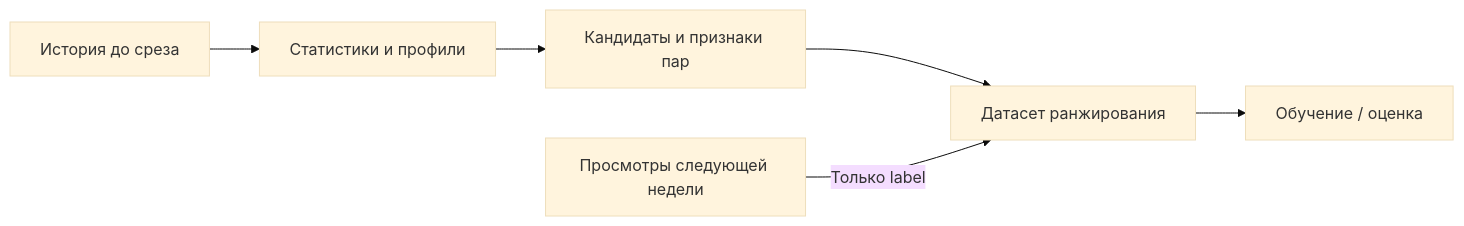
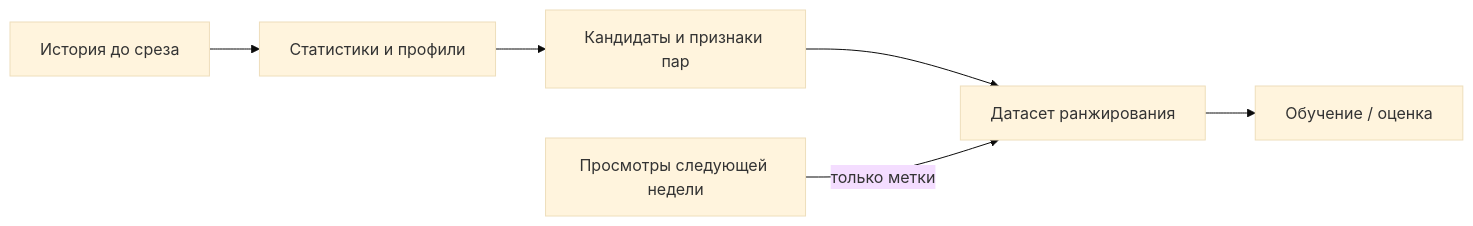
Before and after one commit to DaleCoopTP/RecSync_Grishin: the diagram in README.md, drawn with Mermaid (base theme). The commit also changed other lines of this file and 17 other files, not shown here.

````diff
--- a/README.md
+++ b/README.md
@@ -55,8 +66,8 @@
 ```mermaid
 flowchart LR
     H["История до среза"] --> F["Статистики и профили"]
     F --> C["Кандидаты и признаки пар"]
     C --> D["Датасет ранжирования"]
-    Y["Просмотры следующей недели"] -->|"Только label"| D
+    Y["Просмотры следующей недели"] -->|"только метки"| D
     D --> M["Обучение / оценка"]
 ```
````
